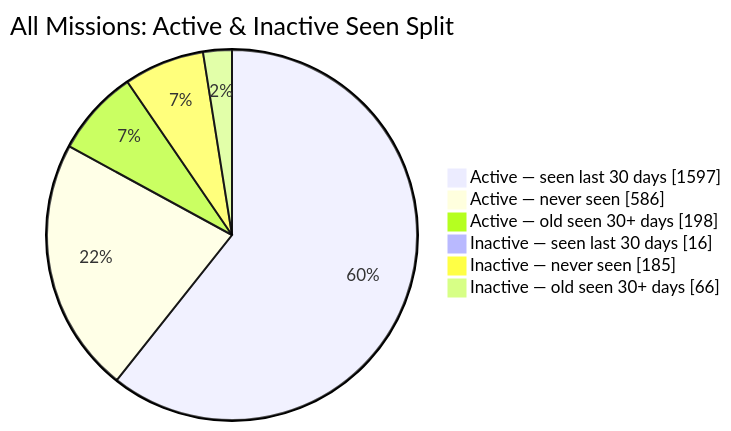
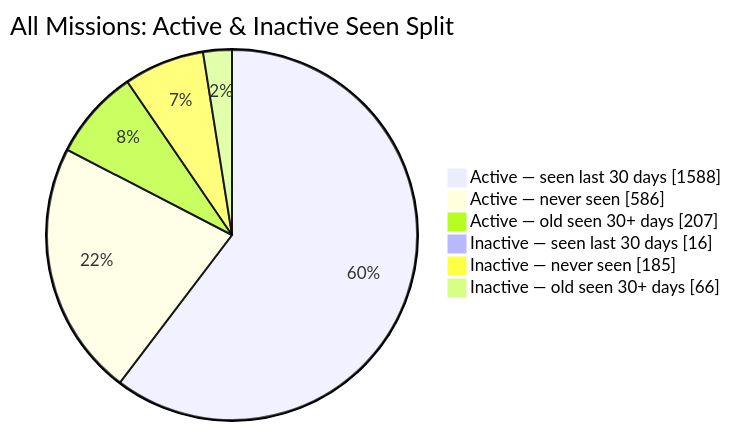
The second of 2 diagrams in README.md (MeldkamerspelGameTeam/active-missions), drawn with Mermaid before and after one commit. The commit also changed other lines of this file and 2 other files, not shown here.

````diff
--- a/README.md
+++ b/README.md
@@ -44,10 +44,10 @@
 ```mermaid
 pie showData
     title All Missions: Active & Inactive Seen Split
-    "Active — seen last 30 days" : 1597
+    "Active — seen last 30 days" : 1588
     "Active — never seen" : 586
-    "Active — old seen 30+ days" : 198
+    "Active — old seen 30+ days" : 207
     "Inactive — seen last 30 days" : 16
     "Inactive — never seen" : 185
     "Inactive — old seen 30+ days" : 66
 ```
````
